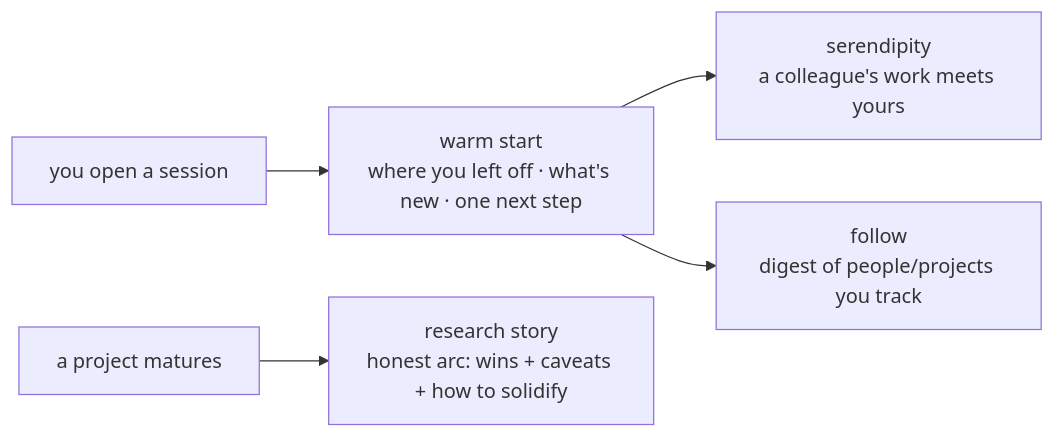
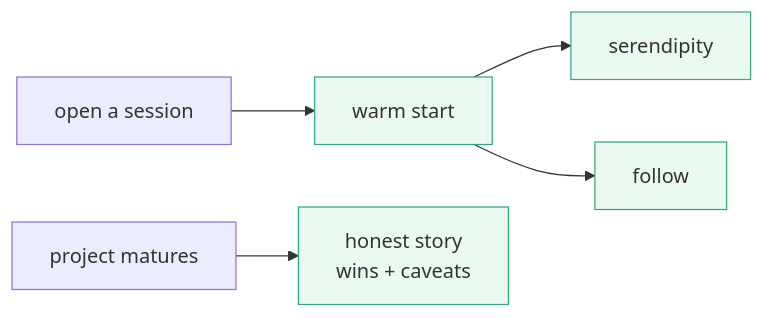
Before and after one commit to jamisonhburks/lab_tracker: the seventh of 11 diagrams in docs/architecture-overview.md, drawn with Mermaid. The commit also changed other lines of this file and 23 other files, not shown here.

First line of the commit message:
docs: simplify slide diagrams — short glanceable labels (#69)

````diff
--- a/docs/architecture-overview.md
+++ b/docs/architecture-overview.md
@@ -161,7 +166,8 @@
 ```mermaid
 flowchart LR
-  OPEN["you open a session"] --> WS["warm start<br/>where you left off · what's new · one next step"]
-  WS --> SER["serendipity<br/>a colleague's work meets yours"]
-  WS --> FOL["follow<br/>digest of people/projects you track"]
-  DONE["a project matures"] --> RS["research story<br/>honest arc: wins + caveats + how to solidify"]
+  OPEN["open a session"] --> WS["warm start"]:::x
+  WS --> SER["serendipity"]:::x
+  WS --> FOL["follow"]:::x
+  MAT["project matures"] --> RS["honest story<br/>wins + caveats"]:::x
+  classDef x fill:#eafaf1,stroke:#3a7;
 ```
````
